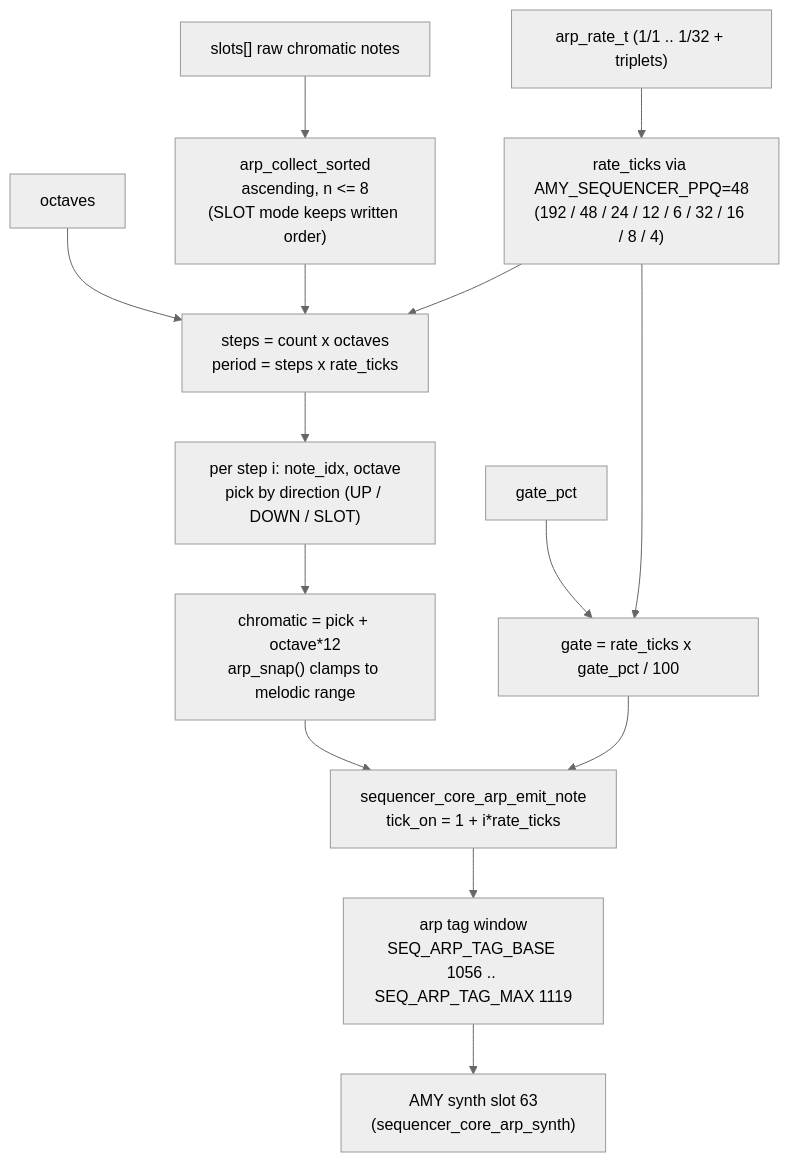
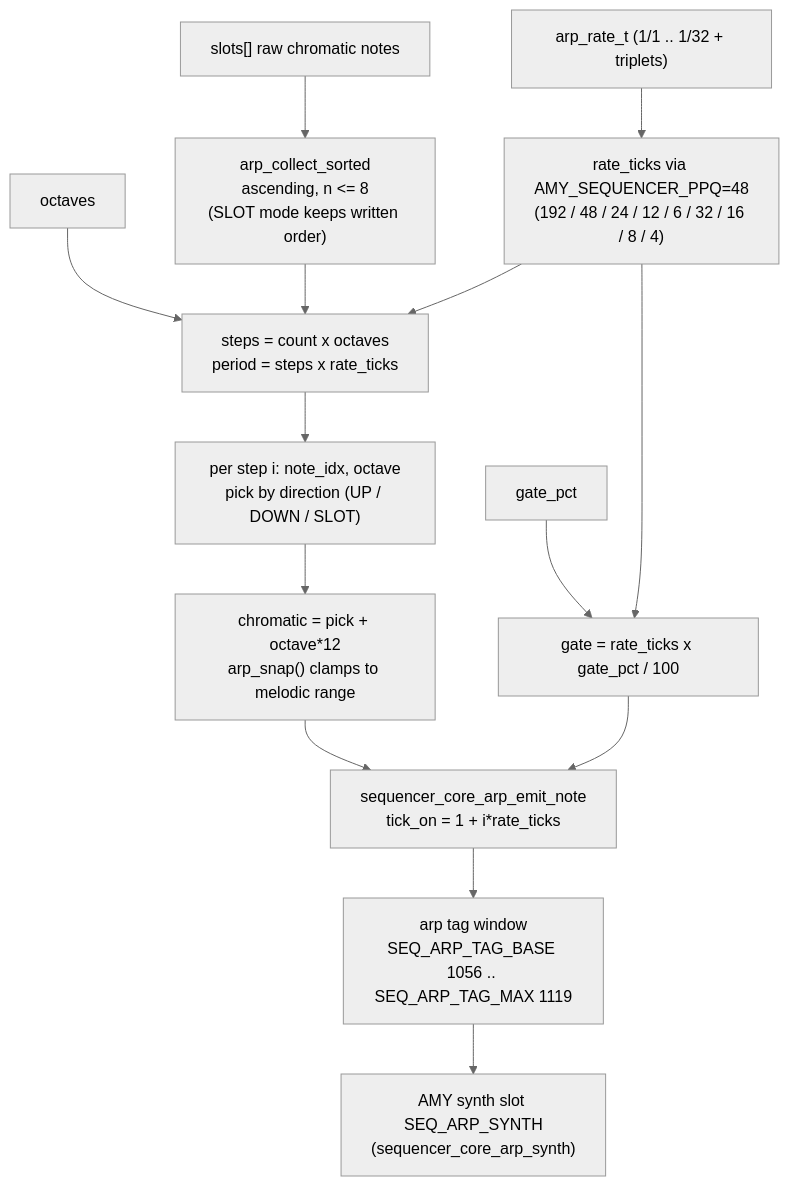
The second of 3 diagrams in components/synth_core/ARP-ARCHITECTURE.md (cxandy/S3-Amysynth), drawn with Mermaid (neutral theme) before and after one commit. The commit also changed other lines of this file and 9 other files, not shown here.

First line of the commit message:
Refactor: synth slot map - static pool bottom, melodic arena top

````diff
--- a/components/synth_core/ARP-ARCHITECTURE.md
+++ b/components/synth_core/ARP-ARCHITECTURE.md
@@ -66,16 +66,16 @@
 ```mermaid
 flowchart TD
     RATE["arp_rate_t (1/1 .. 1/32 + triplets)"] --> TICKS["rate_ticks via AMY_SEQUENCER_PPQ=48\n(192 / 48 / 24 / 12 / 6 / 32 / 16 / 8 / 4)"]
     SLOTS["slots[] raw chromatic notes"] --> SORT["arp_collect_sorted\nascending, n <= 8\n(SLOT mode keeps written order)"]
     OCT["octaves"] --> STEPS
     SORT --> STEPS["steps = count x octaves\nperiod = steps x rate_ticks"]
     GATEPCT["gate_pct"] --> GATE["gate = rate_ticks x gate_pct / 100"]
     TICKS --> STEPS
     TICKS --> GATE
     STEPS --> PICK["per step i: note_idx, octave\npick by direction (UP / DOWN / SLOT)"]
     PICK --> SNAP["chromatic = pick + octave*12\narp_snap() clamps to melodic range"]
     SNAP --> EMIT["sequencer_core_arp_emit_note\ntick_on = 1 + i*rate_ticks"]
     GATE --> EMIT
     EMIT --> TAGWIN["arp tag window\nSEQ_ARP_TAG_BASE 1056 .. SEQ_ARP_TAG_MAX 1119"]
-    TAGWIN --> SYNTH["AMY synth slot 63\n(sequencer_core_arp_synth)"]
+    TAGWIN --> SYNTH["AMY synth slot SEQ_ARP_SYNTH\n(sequencer_core_arp_synth)"]
 ```
````
